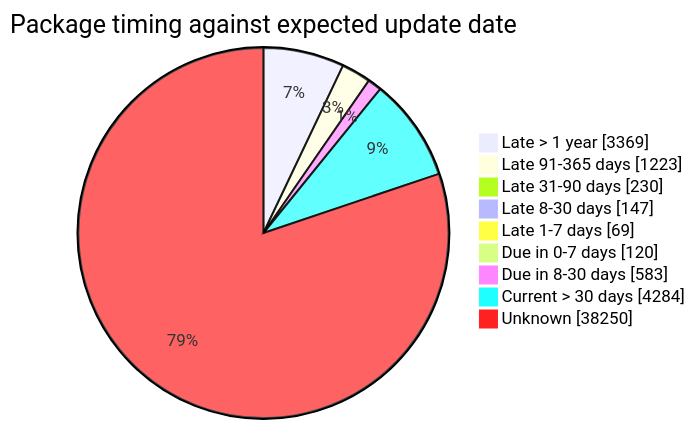
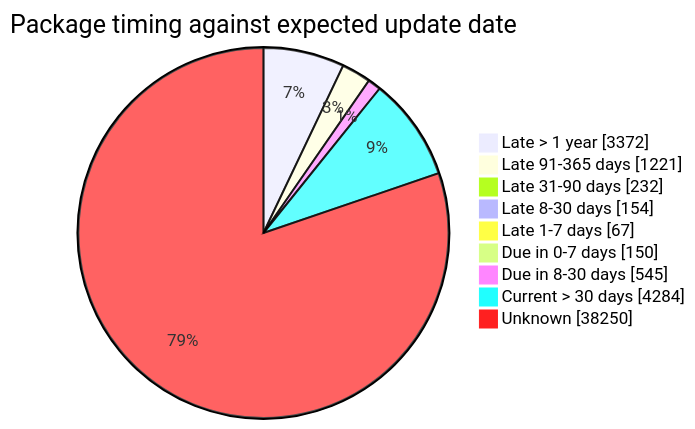
The fourth of 5 diagrams in FreshCheck/README.md (open-data/analytics-corporate-reporting), drawn with Mermaid before and after one commit. The commit also changed other lines of this file and 3 other files, not shown here.

````diff
--- a/FreshCheck/README.md
+++ b/FreshCheck/README.md
@@ -86,12 +86,12 @@
 ```mermaid
 pie showData title Package timing against expected update date
-    "Late > 1 year": 3369
-    "Late 91-365 days": 1223
-    "Late 31-90 days": 230
-    "Late 8-30 days": 147
-    "Late 1-7 days": 69
-    "Due in 0-7 days": 120
-    "Due in 8-30 days": 583
+    "Late > 1 year": 3372
+    "Late 91-365 days": 1221
+    "Late 31-90 days": 232
+    "Late 8-30 days": 154
+    "Late 1-7 days": 67
+    "Due in 0-7 days": 150
+    "Due in 8-30 days": 545
     "Current > 30 days": 4284
     "Unknown": 38250
 ```
````
